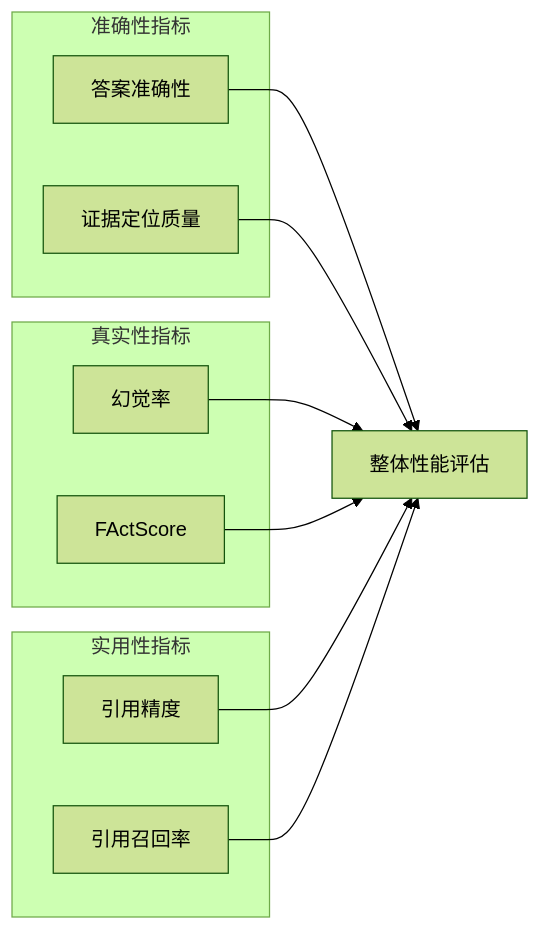
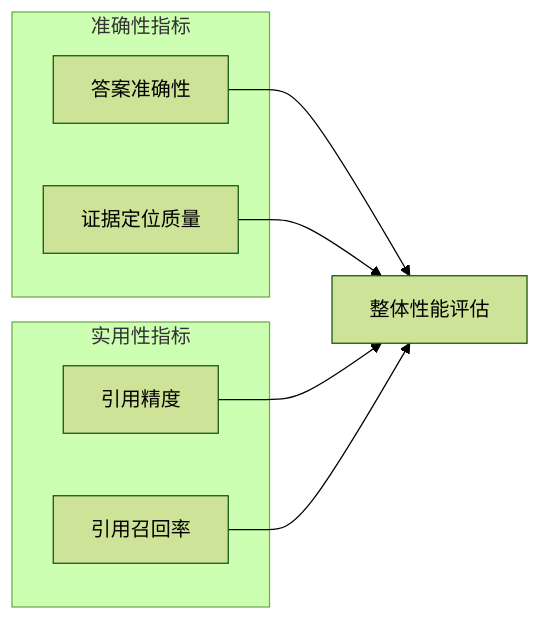
One commit to kitee0918/-nlp-rag-project changed the fourth of 7 diagrams in .qoder/repowiki/zh/content/实验设计与方法.md. Above: the diagram before and after it, drawn with Mermaid (forest theme). The commit also changed other lines of this file and 9 other files, not shown here.

````diff
--- a/.qoder/repowiki/zh/content/实验设计与方法.md
+++ b/.qoder/repowiki/zh/content/实验设计与方法.md
@@ -160,21 +146,15 @@
 ```mermaid
 graph LR
 subgraph "准确性指标"
 A1[答案准确性]
 A2[证据定位质量]
-end
-subgraph "真实性指标"
-B1[幻觉率]
-B2[FActScore]
 end
 subgraph "实用性指标"
 C1[引用精度]
 C2[引用召回率]
 end
 A1 --> D[整体性能评估]
 A2 --> D
-B1 --> D
-B2 --> D
 C1 --> D
 C2 --> D
 ```
````
